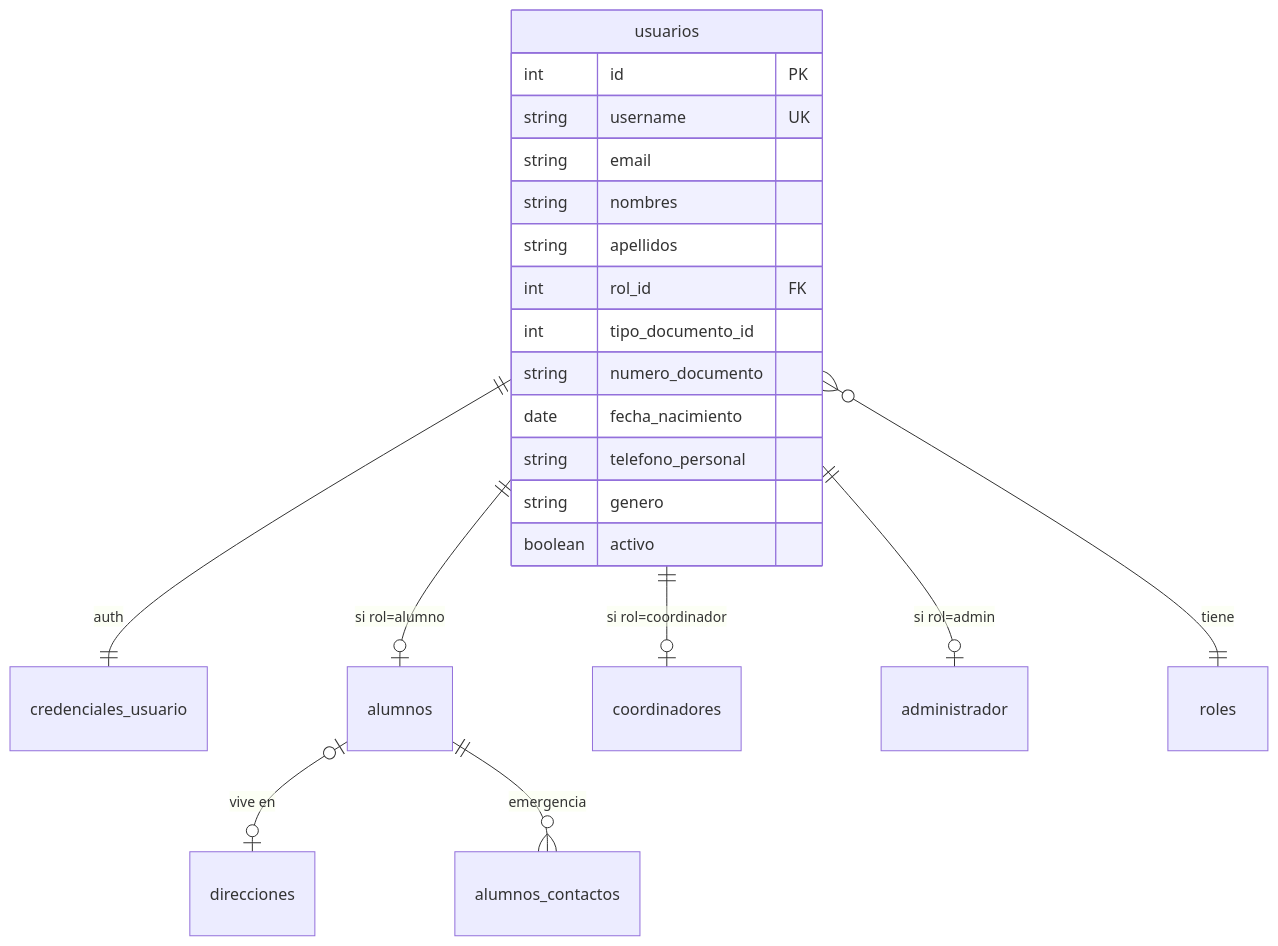
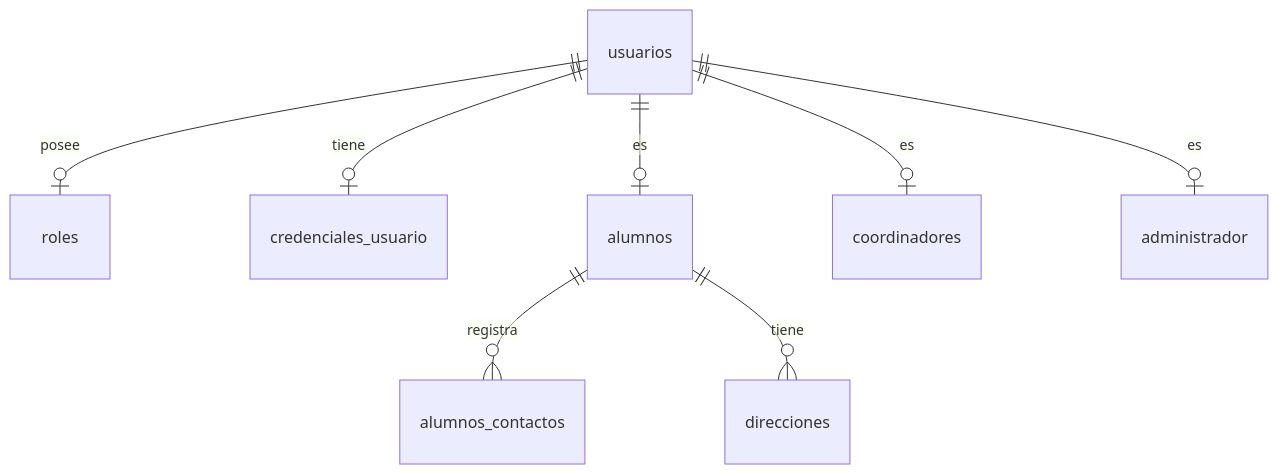
The first of 2 diagrams in src/features/usuarios/USUARIOS.md (Eduardo-VaZu/GemaAcademy-api), drawn with Mermaid before and after one commit. The commit also changed other lines of this file and 10 other files, not shown here.

````diff
--- a/src/features/usuarios/USUARIOS.md
+++ b/src/features/usuarios/USUARIOS.md
@@ -32,25 +29,11 @@
 ```mermaid
 erDiagram
-    usuarios ||--|| credenciales_usuario : "auth"
-    usuarios ||--o| alumnos : "si rol=alumno"
-    usuarios ||--o| coordinadores : "si rol=coordinador"
-    usuarios ||--o| administrador : "si rol=admin"
-    usuarios }o--|| roles : "tiene"
-    alumnos |o--o| direcciones : "vive en"
-    alumnos ||--o{ alumnos_contactos : "emergencia"
-
-    usuarios {
-        int id PK
-        string username UK
-        string email
-        string nombres
-        string apellidos
-        int rol_id FK
-        int tipo_documento_id
-        string numero_documento
-        date fecha_nacimiento
-        string telefono_personal
-        string genero
-        boolean activo
-    }
+    usuarios ||--o| roles : "posee"
+    usuarios ||--o| credenciales_usuario : "tiene"
+    usuarios ||--o| alumnos : "es"
+    usuarios ||--o| coordinadores : "es"
+    usuarios ||--o| administrador : "es"
+    
+    alumnos ||--o{ alumnos_contactos : "registra"
+    alumnos ||--o{ direcciones : "tiene"
 ```
````
